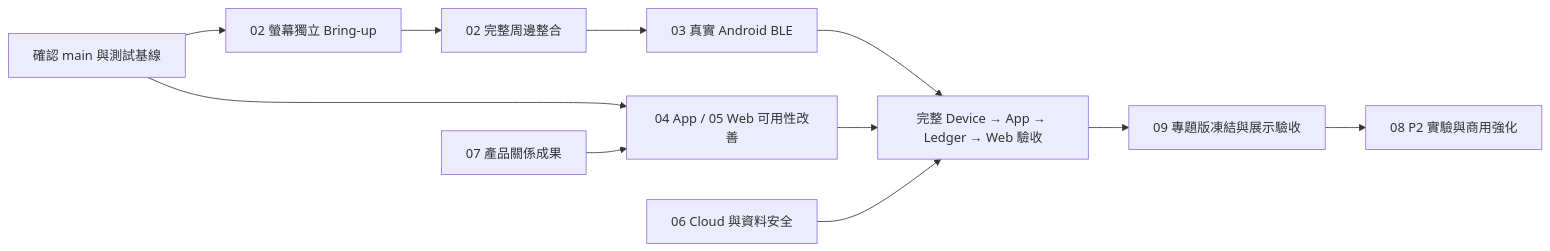
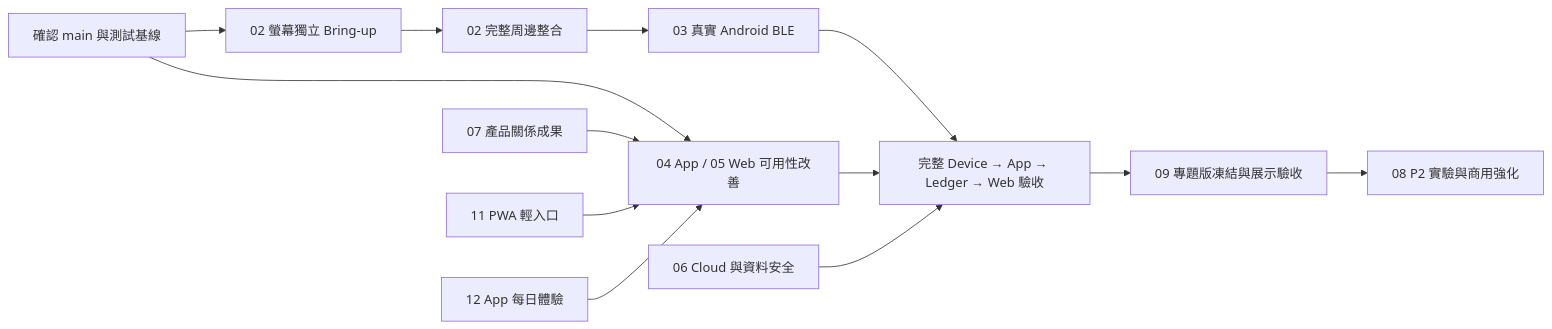
The diagram in docs/work-packages/README.md (z1nnz/graduation-project-nudge), drawn with Mermaid before and after one commit. The commit also changed other lines of this file and 3 other files, not shown here.

Commit message:
docs: plan PWA and app engagement loops

````diff
--- a/docs/work-packages/README.md
+++ b/docs/work-packages/README.md
@@ -34,13 +36,15 @@
 ```mermaid
 flowchart LR
   A[確認 main 與測試基線] --> B[02 螢幕獨立 Bring-up]
   A --> C[04 App / 05 Web 可用性改善]
   B --> D[02 完整周邊整合]
   D --> E[03 真實 Android BLE]
   E --> F[完整 Device → App → Ledger → Web 驗收]
   C --> F
   G[06 Cloud 與資料安全] --> F
   H[07 產品關係成果] --> C
+  K[11 PWA 輕入口] --> C
+  L[12 App 每日體驗] --> C
   F --> I[09 專題版凍結與展示驗收]
   I --> J[08 P2 實驗與商用強化]
 ```
````
